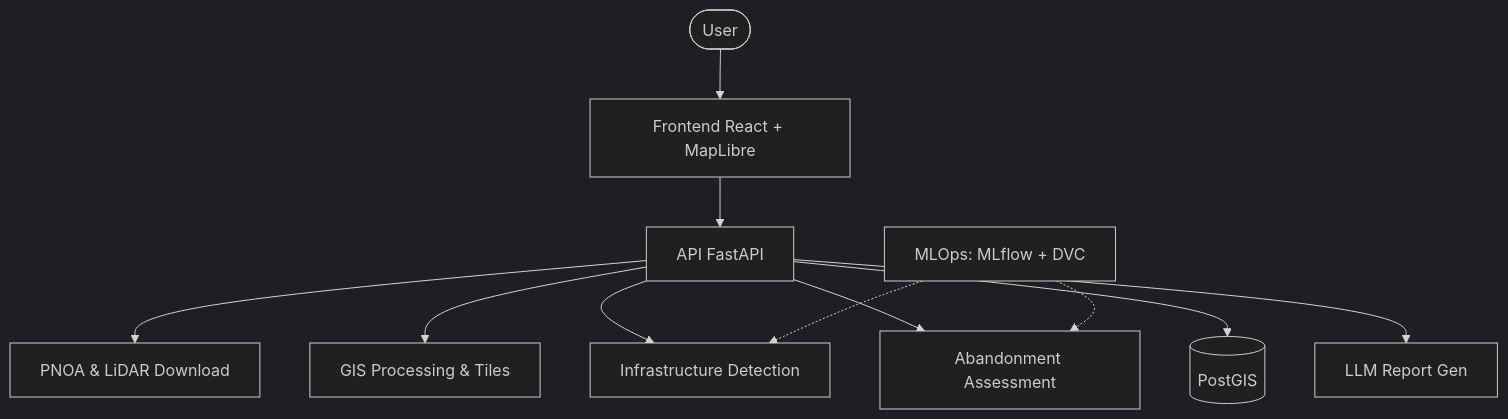
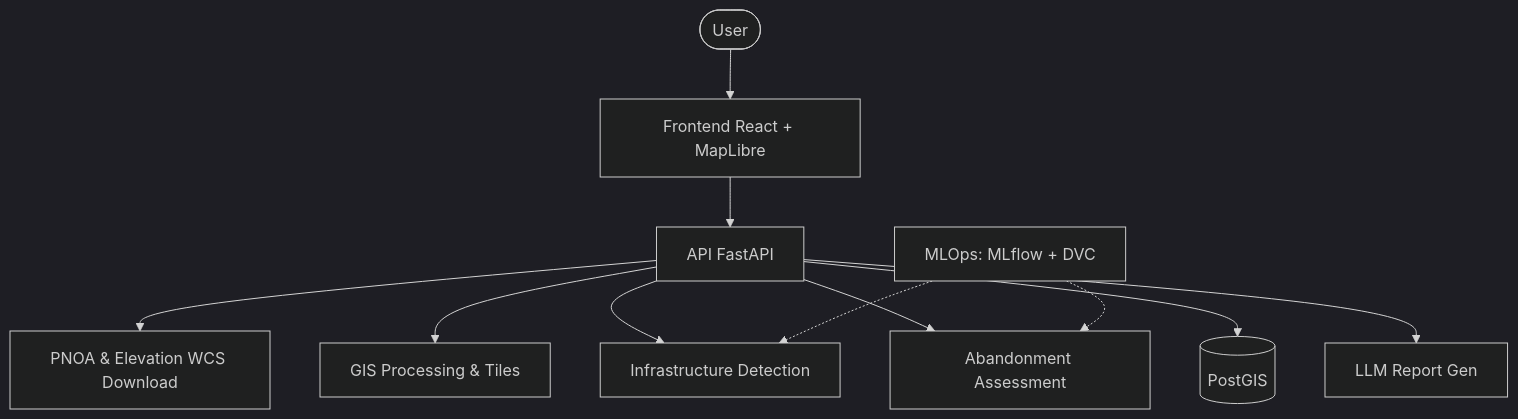
One commit to omarzmdevs/geo-decay-ai changed the first of 2 diagrams in docs/architecture/architecture.md. Above: the diagram before and after it, drawn with Mermaid (dark theme). The commit also changed other lines of this file and 3 other files, not shown here.

````diff
--- a/docs/architecture/architecture.md
+++ b/docs/architecture/architecture.md
@@ -61,15 +61,15 @@
 ```mermaid
 graph TD
     User([User]) --> Frontend[Frontend React + MapLibre]
     Frontend --> API[API FastAPI]
-    API --> Download[PNOA & LiDAR Download]
+    API --> Download[PNOA & Elevation WCS Download]
     API --> GIS[GIS Processing & Tiles]
     API --> Detect[Infrastructure Detection]
     API --> Assess[Abandonment Assessment]
     API --> DB[(PostGIS)]
     API --> Report[LLM Report Gen]
     
     %% MLOps affects training/experimentation tracking mostly, but is foundational
     MLOps[MLOps: MLflow + DVC] -.-> Detect
     MLOps -.-> Assess
 ```
````
